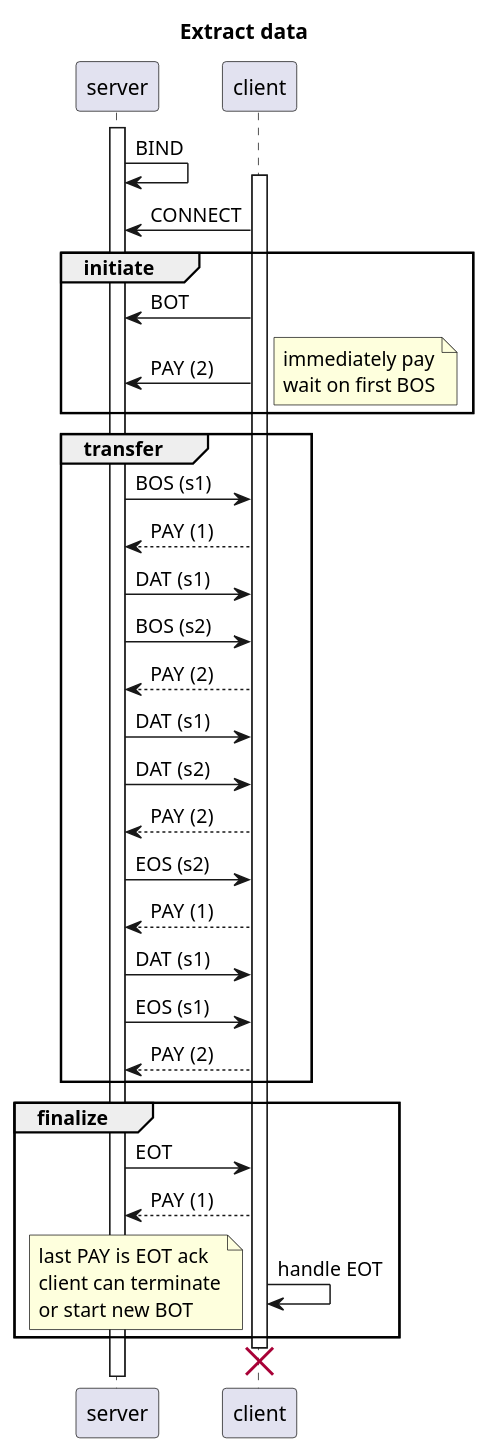
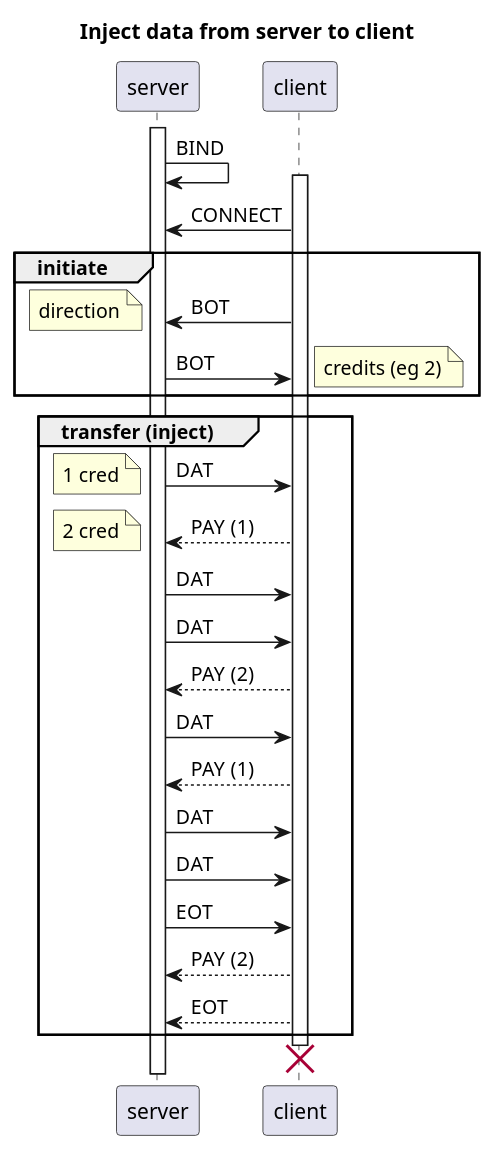
The diagram in docs/flow-inject.plantuml (brettviren/zio), drawn with PlantUML before and after one commit. The commit also changed 5 other files, not shown here.

```diff
--- a/docs/flow-inject.plantuml
+++ b/docs/flow-inject.plantuml
@@ -1,41 +1,38 @@
 @startuml
-title Extract data
+title Inject data from server to client
 activate server
         server -> server: BIND
         activate client
                 client -> server : CONNECT
                 group initiate
                         client -> server : BOT
-                        client -> server : PAY (2)
+                        note left
+                                direction
+                        end note
+                        server -> client : BOT
                         note right
-                                immediately pay
-                                wait on first BOS
+                                credits (eg 2)
                         end note
                 end
-                group transfer
-                        server  -> client : BOS (s1)
+                group transfer (inject)
+                        server  -> client : DAT
+                        note left
+                                1 cred
+                        end note
                         client --> server : PAY (1)
-                        server  -> client : DAT (s1)
-                        server  -> client : BOS (s2)
+                        note left
+                                2 cred
+                        end note
+                        server  -> client : DAT
+                        server  -> client : DAT
                         client --> server : PAY (2)
-                        server  -> client : DAT (s1)
-                        server  -> client : DAT (s2)
+                        server  -> client : DAT
+                        client --> server : PAY (1)
+                        server  -> client : DAT
+                        server  -> client : DAT
+                        server -> client : EOT
                         client --> server : PAY (2)
-                        server  -> client : EOS (s2)
-                        client --> server : PAY (1)
-                        server  -> client : DAT (s1)
-                        server  -> client : EOS (s1)
-                        client --> server : PAY (2)
-                end
-                group finalize
-                        server -> client : EOT
-                        client --> server : PAY (1)
-                        client -> client : handle EOT
-                        note left
-                                last PAY is EOT ack
-                                client can terminate
-                                or start new BOT
-                        end note
+                        client --> server : EOT
                 end
                 destroy client
                 @enduml
```
